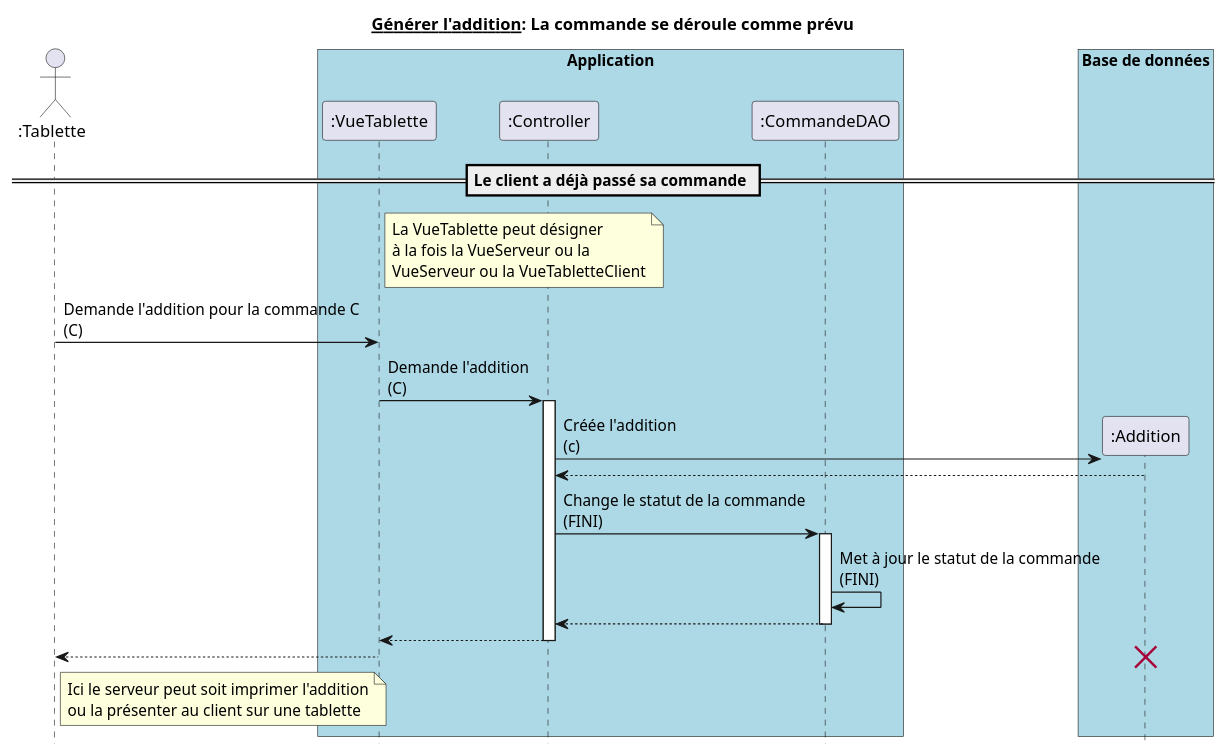
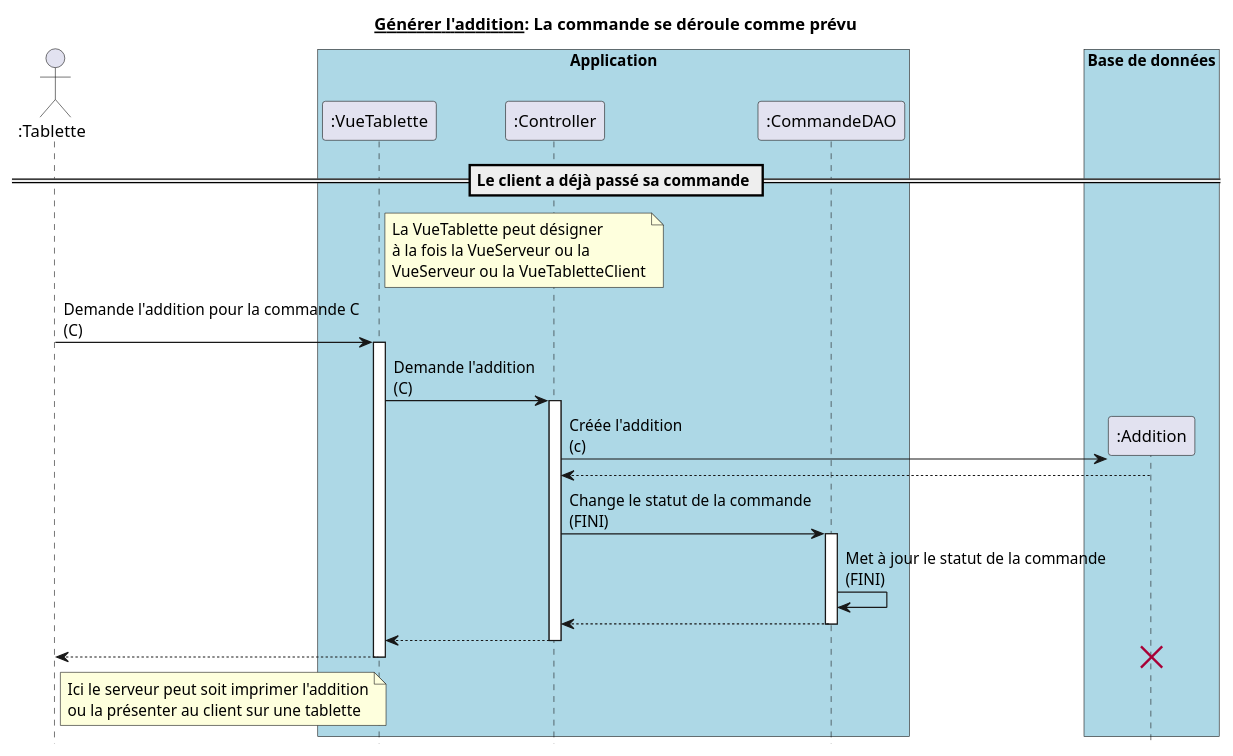
One commit to hulskenA/GL-Les_seigneurs_du_resto changed the diagram in diagrammes_sequences_detailles/dss2.md. Above: the diagram before and after it, drawn with PlantUML. The commit also changed 15 other files, not shown here.

````diff
--- a/diagrammes_sequences_detailles/dss2.md
+++ b/diagrammes_sequences_detailles/dss2.md
@@ -1,53 +1,55 @@
 ```puml
 @startuml
 hide footbox
 title __Générer l'addition__: La commande se déroule comme prévu
 
 actor ":Tablette" as Tablette order 10
 
 box "Application" #Lightblue
   participant ":VueTablette" as VueTablette order 30
   participant ":Controller" as Controller order 40
   participant ":CommandeDAO" as CommandeDAO order 60
 endbox
 
 box "Base de données" #Lightblue
   participant ":Addition" as Addition order 70
 endbox
 
 == Le client a déjà passé sa commande ==
 
 note right VueTablette
   La VueTablette peut désigner
   à la fois la VueServeur ou la
   VueServeur ou la VueTabletteClient
 end note
 
 Tablette -> VueTablette : Demande l'addition pour la commande C\n(C)
+activate VueTablette
 
 VueTablette -> Controller : Demande l'addition\n(C)
 activate Controller
 
 create Addition
 Controller -> Addition : Créée l'addition\n(c)
 Controller <-- Addition
 
 Controller -> CommandeDAO : Change le statut de la commande\n(FINI)
 activate CommandeDAO
 CommandeDAO -> CommandeDAO : Met à jour le statut de la commande\n(FINI)
 CommandeDAO --> Controller
 deactivate CommandeDAO
 
 Controller --> VueTablette
 deactivate Controller
 
 VueTablette --> Tablette
+deactivate VueTablette
 
 note right Tablette
   Ici le serveur peut soit imprimer l'addition
   ou la présenter au client sur une tablette
 end note
 destroy Addition
 
 @enduml
 ```
````
